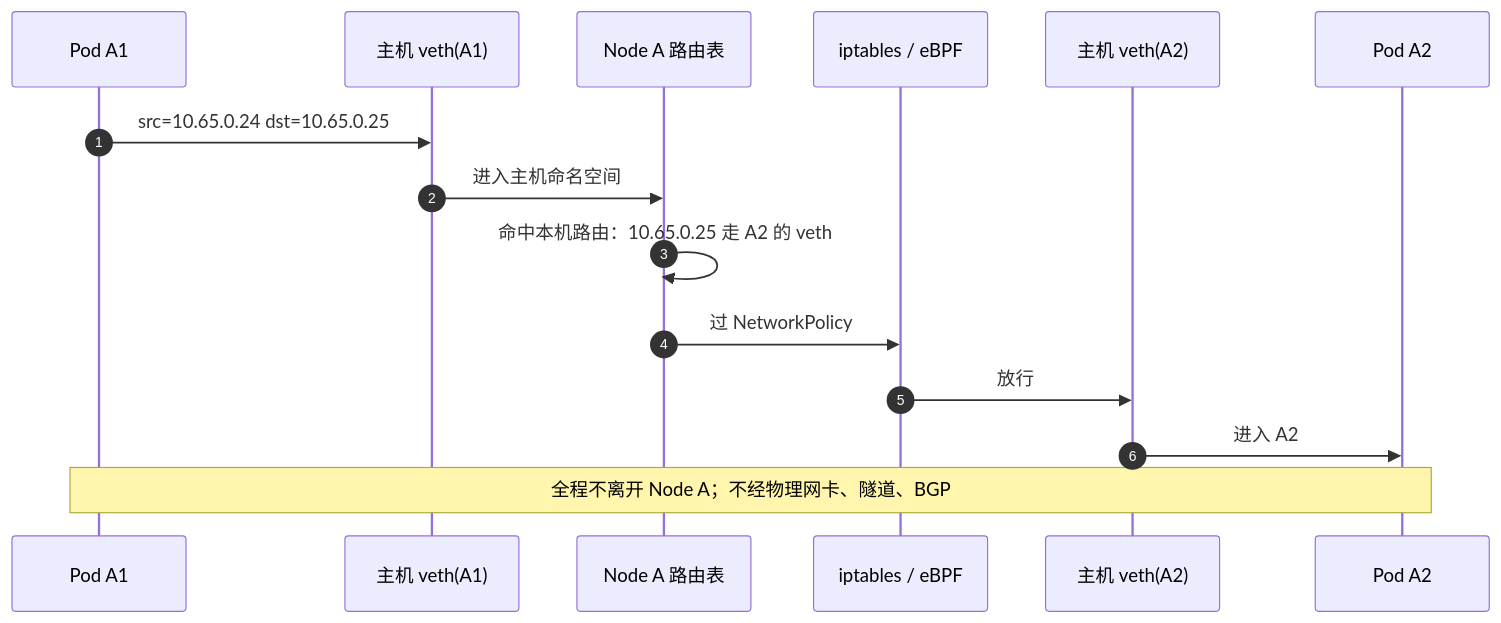
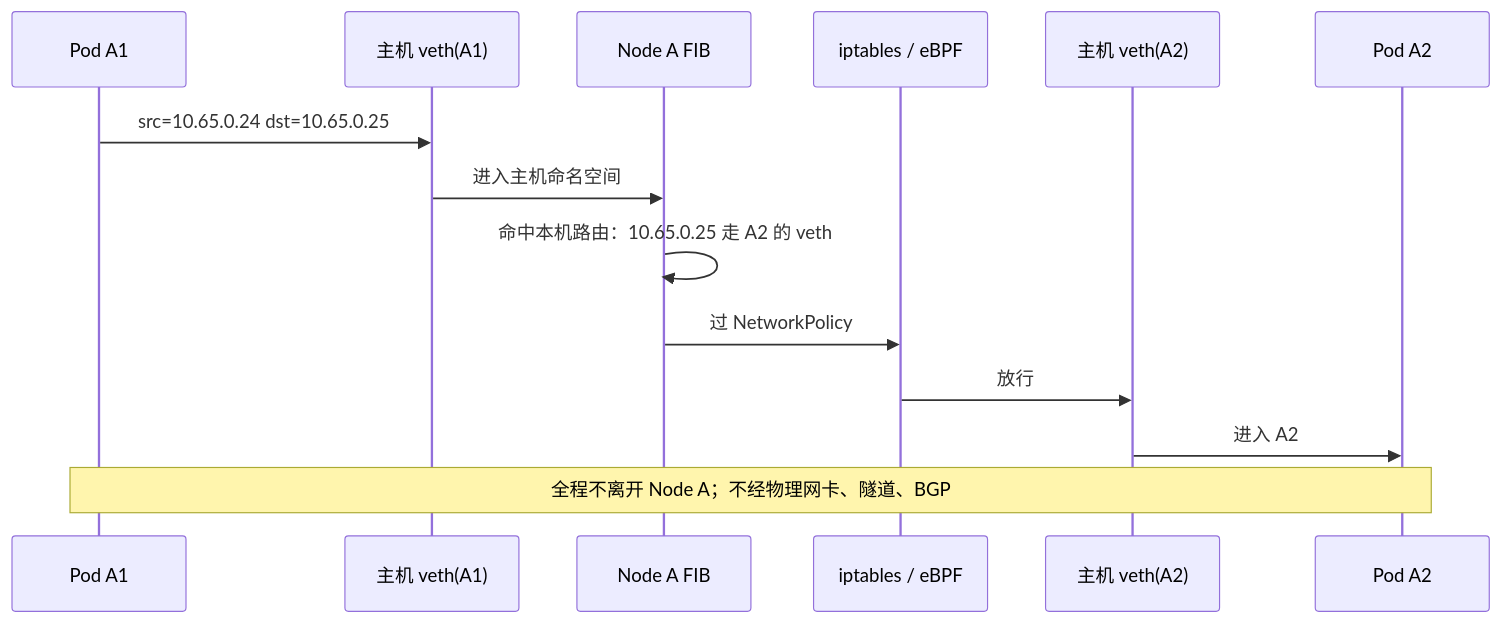
One commit to xiaxinyu/knowledge_base changed the fourth of 7 diagrams in 20-architecture/24-calico-networking-treatise.md. Above: the diagram before and after it, drawn with Mermaid. The commit also changed other lines of this file and 1 other file, not shown here.

````diff
--- a/20-architecture/24-calico-networking-treatise.md
+++ b/20-architecture/24-calico-networking-treatise.md
@@ -228,18 +251,17 @@
 ```mermaid
 sequenceDiagram
-  autonumber
   participant A1 as Pod A1
   participant V1 as 主机 veth(A1)
-  participant RT as Node A 路由表
+  participant RT as Node A FIB
   participant POL as iptables / eBPF
   participant V2 as 主机 veth(A2)
   participant A2 as Pod A2
 
   A1->>V1: src=10.65.0.24 dst=10.65.0.25
   V1->>RT: 进入主机命名空间
   RT->>RT: 命中本机路由：10.65.0.25 走 A2 的 veth
   RT->>POL: 过 NetworkPolicy
   POL->>V2: 放行
   V2->>A2: 进入 A2
   Note over A1,A2: 全程不离开 Node A；不经物理网卡、隧道、BGP
 ```
````
